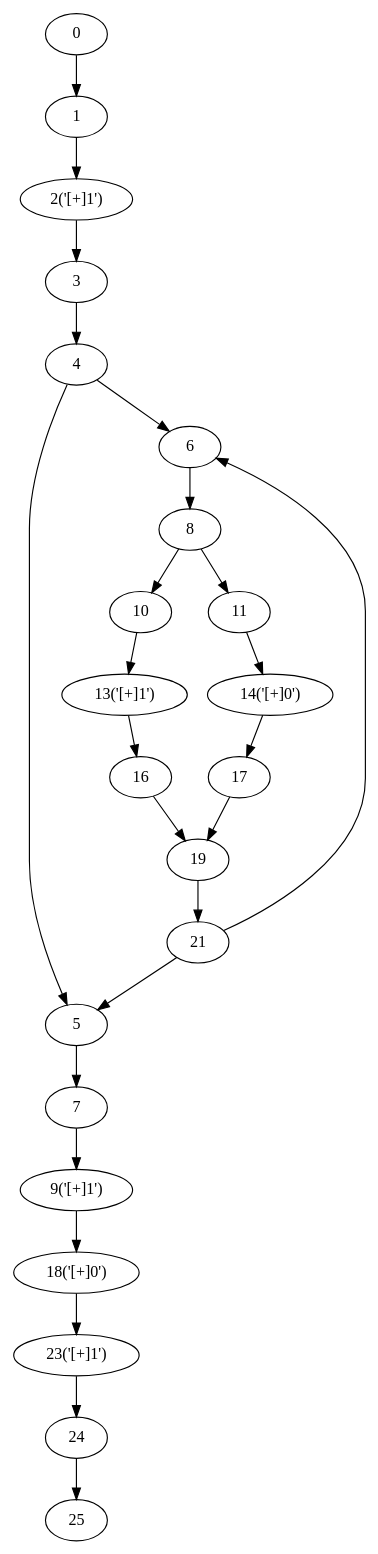
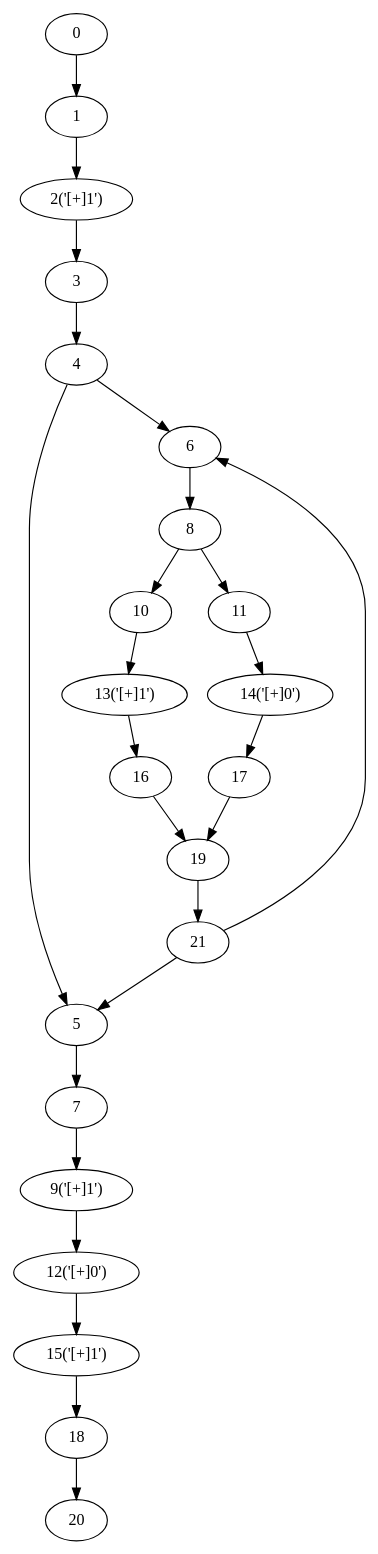
Before and after one commit to yyl-20020115/NRegEx: the diagram in NRegex.Test/Graphs/TestMethod07.dot, drawn with Graphviz. The commit also changed 28 other files, not shown here.

```diff
--- a/NRegex.Test/Graphs/TestMethod07.dot
+++ b/NRegex.Test/Graphs/TestMethod07.dot
@@ -1,48 +1,48 @@
 digraph g {
 	0 ;
 	1 ;
 	2 [label="2('[+]1')"];
 	3 ;
 	4 ;
 	5 ;
 	6 ;
 	7 ;
 	8 ;
 	9 [label="9('[+]1')"];
 	10 ;
 	11 ;
+	12 [label="12('[+]0')"];
 	13 [label="13('[+]1')"];
 	14 [label="14('[+]0')"];
+	15 [label="15('[+]1')"];
 	16 ;
 	17 ;
-	18 [label="18('[+]0')"];
+	18 ;
 	19 ;
+	20 ;
 	21 ;
-	23 [label="23('[+]1')"];
-	24 ;
-	25 ;
 	0->1;
 	1->2;
 	2->3;
 	3->4;
 	4->5;
 	21->5;
 	4->6;
 	21->6;
 	5->7;
 	6->8;
 	7->9;
 	8->10;
 	8->11;
+	9->12;
 	10->13;
 	11->14;
+	12->15;
 	13->16;
 	14->17;
-	9->18;
+	15->18;
 	16->19;
 	17->19;
+	18->20;
 	19->21;
-	18->23;
-	23->24;
-	24->25;
 }
```
